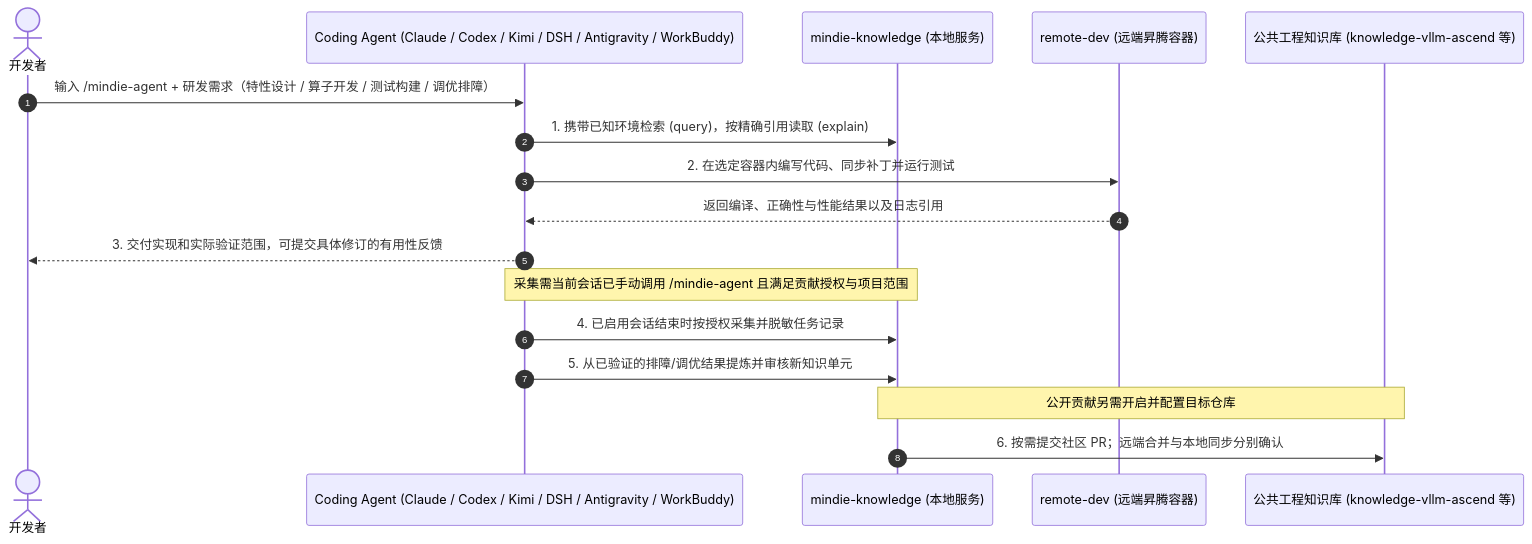
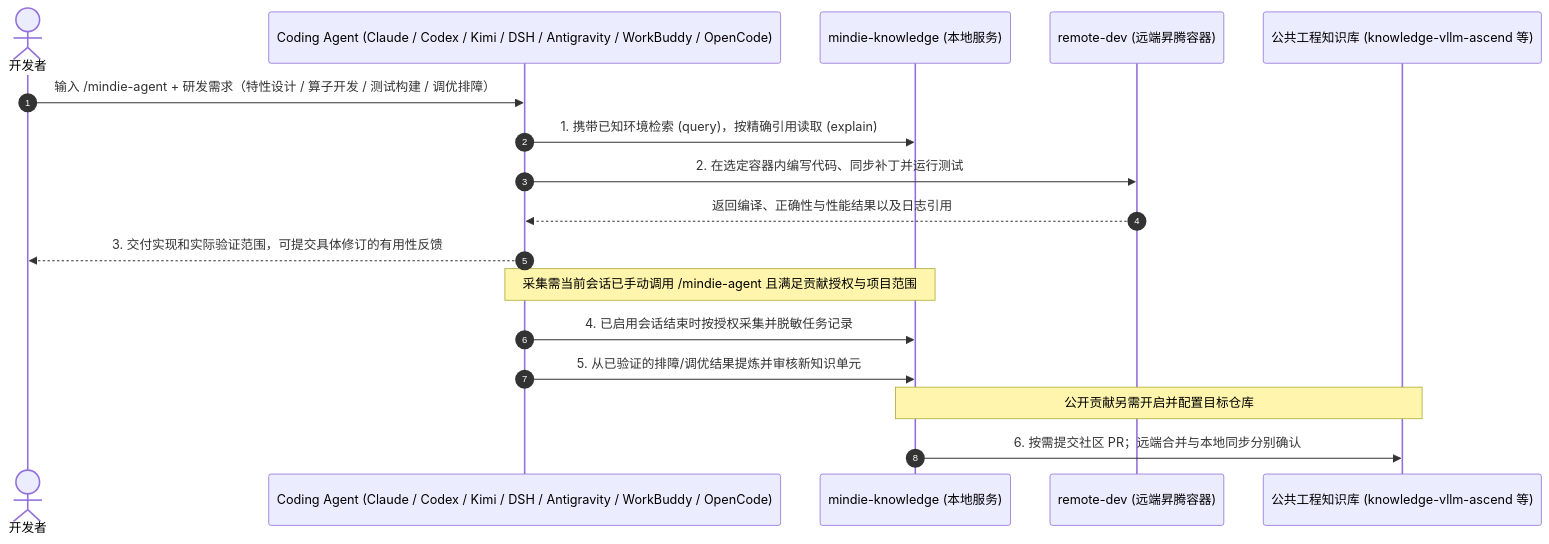
Before and after one commit to mindie-agent/mindie-agent: the second of 2 diagrams in README.md, drawn with Mermaid. The commit also changed other lines of this file and 14 other files, not shown here.

Commit message:
docs(entry): add OpenCode native harness plugin (mindie-agent-oc v0.1.0) (#347)

````diff
--- a/README.md
+++ b/README.md
@@ -204,20 +212,20 @@
 ```mermaid
 sequenceDiagram
   autonumber
   actor Dev as 开发者
-  participant Agent as Coding Agent (Claude / Codex / Kimi / DSH / Antigravity / WorkBuddy)
+  participant Agent as Coding Agent (Claude / Codex / Kimi / DSH / Antigravity / WorkBuddy / OpenCode)
   participant Know as mindie-knowledge (本地服务)
   participant NPU as remote-dev (远端昇腾容器)
   participant Repo as 公共工程知识库 (knowledge-vllm-ascend 等)
 
   Dev->>Agent: 输入 /mindie-agent + 研发需求（特性设计 / 算子开发 / 测试构建 / 调优排障）
   Agent->>Know: 1. 携带已知环境检索 (query)，按精确引用读取 (explain)
   Agent->>NPU: 2. 在选定容器内编写代码、同步补丁并运行测试
   NPU-->>Agent: 返回编译、正确性与性能结果以及日志引用
   Agent-->>Dev: 3. 交付实现和实际验证范围，可提交具体修订的有用性反馈
   Note over Agent,Know: 采集需当前会话已手动调用 /mindie-agent 且满足贡献授权与项目范围
   Agent->>Know: 4. 已启用会话结束时按授权采集并脱敏任务记录
   Agent->>Know: 5. 从已验证的排障/调优结果提炼并审核新知识单元
   Note over Know,Repo: 公开贡献另需开启并配置目标仓库
   Know->>Repo: 6. 按需提交社区 PR；远端合并与本地同步分别确认
 ```
````
